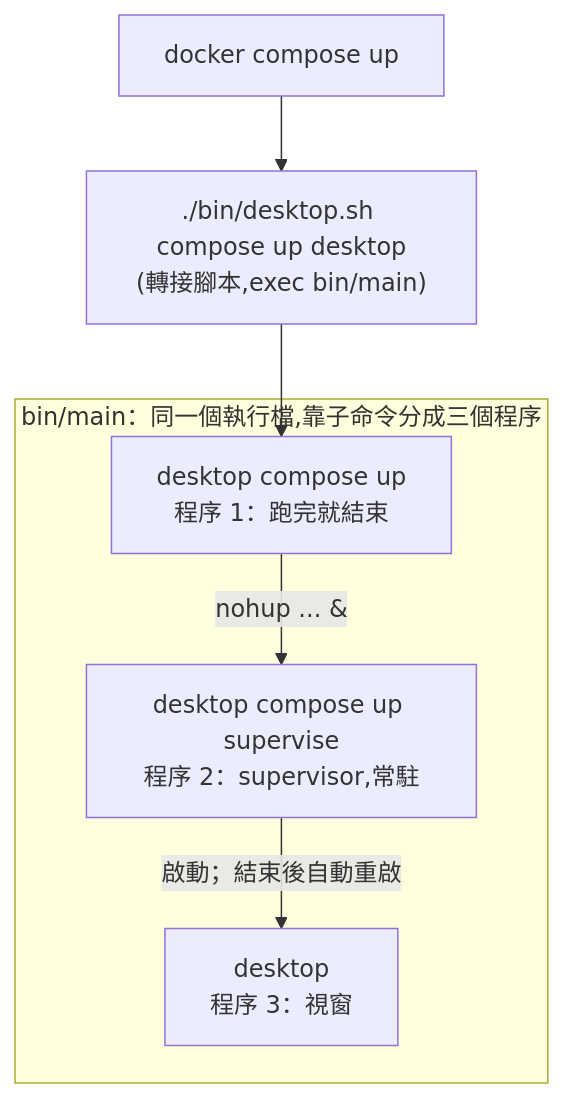
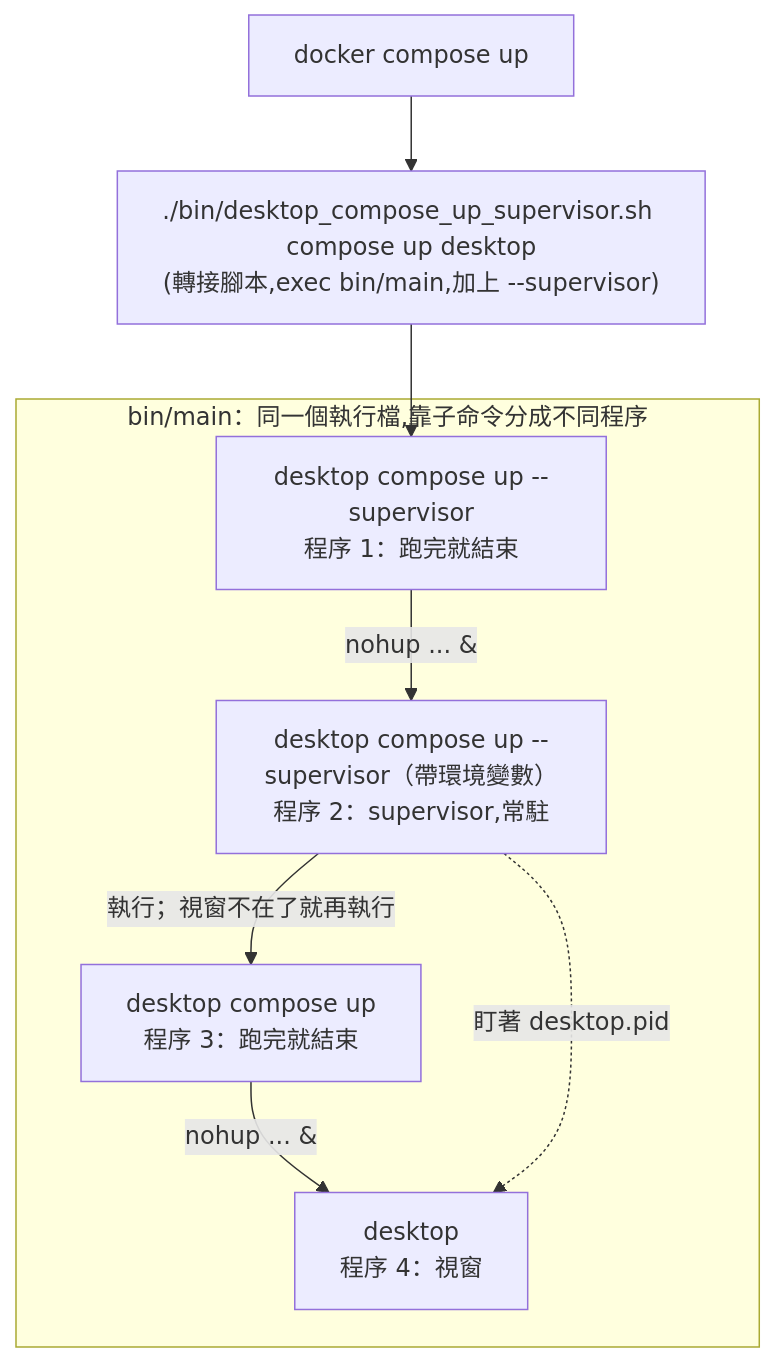
The diagram in README.md (doroke7/landan-desktop-fyne), drawn with Mermaid before and after one commit. The commit also changed other lines of this file and 9 other files, not shown here.

````diff
--- a/README.md
+++ b/README.md
@@ -126,14 +143,17 @@
 ```mermaid
 flowchart TD
-    A["docker compose up"] --> B["./bin/desktop.sh compose up desktop<br/>(轉接腳本,exec bin/main)"]
+    A["docker compose up"] --> B["./bin/desktop_compose_up_supervisor.sh compose up desktop<br/>(轉接腳本,exec bin/main,加上 --supervisor)"]
 
-    subgraph M["bin/main：同一個執行檔,靠子命令分成三個程序"]
-        C["desktop compose up<br/>程序 1：跑完就結束"]
-        D["desktop compose up supervise<br/>程序 2：supervisor,常駐"]
-        E["desktop<br/>程序 3：視窗"]
+    subgraph M["bin/main：同一個執行檔,靠子命令分成不同程序"]
+        C["desktop compose up --supervisor<br/>程序 1：跑完就結束"]
+        D["desktop compose up --supervisor（帶環境變數）<br/>程序 2：supervisor,常駐"]
+        F["desktop compose up<br/>程序 3：跑完就結束"]
+        E["desktop<br/>程序 4：視窗"]
     end
 
     B --> C
     C -- "nohup ... &" --> D
-    D -- "啟動；結束後自動重啟" --> E
+    D -- "執行；視窗不在了就再執行" --> F
+    F -- "nohup ... &" --> E
+    D -. "盯著 desktop.pid" .-> E
 ```
````
